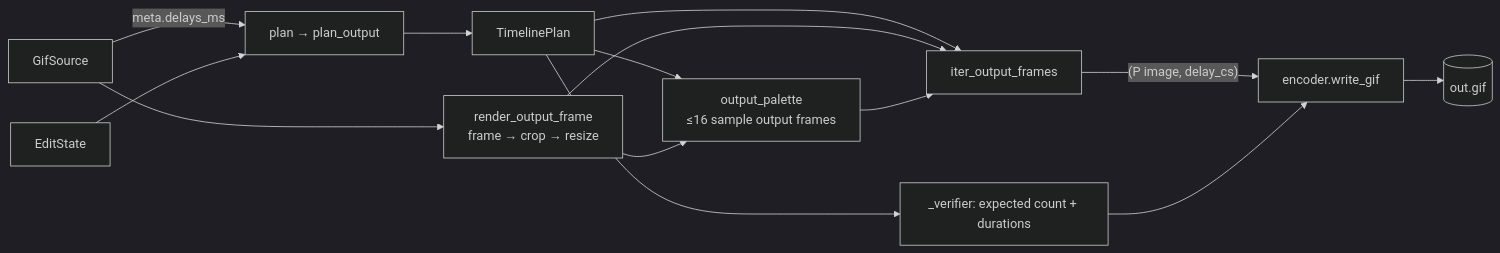
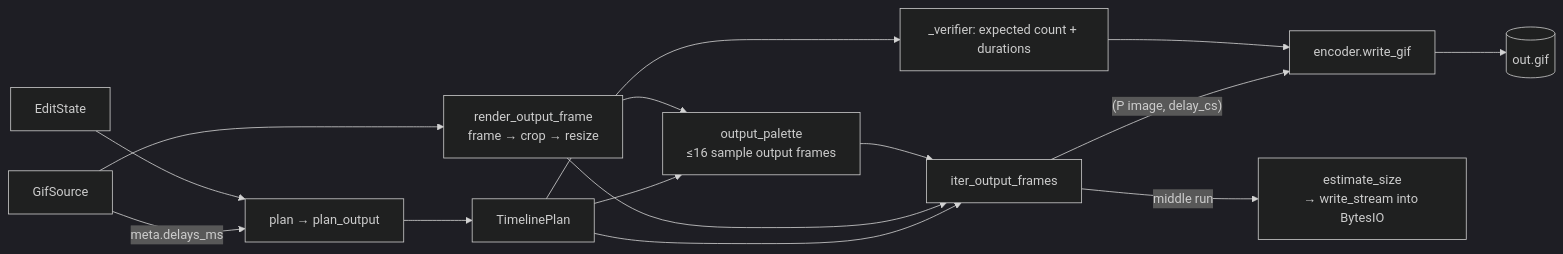
Before and after one commit to ErmanKan/EGPlease: the first of 2 diagrams in docs/codebase/src/gif_editor/core/pipeline.md, drawn with Mermaid (dark theme). The commit also changed other lines of this file and 15 other files, not shown here.

Commit message:
docs: per-file pages for Milestone 3 (estimate, write_stream, geometry preview, crop wiring); complete codebase index

````diff
--- a/docs/codebase/src/gif_editor/core/pipeline.md
+++ b/docs/codebase/src/gif_editor/core/pipeline.md
@@ -25,16 +28,17 @@
 ```mermaid
 flowchart LR
     S[GifSource] -->|meta.delays_ms| P[plan → plan_output]
     E[EditState] --> P
     P --> TL[TimelinePlan]
     TL --> PAL[output_palette<br/>≤16 sample output frames]
     S --> RF[render_output_frame<br/>frame → crop → resize]
     RF --> PAL
     TL --> IT[iter_output_frames]
     RF --> IT
     PAL --> IT
     IT -->|"(P image, delay_cs)"| W[encoder.write_gif]
+    IT -->|middle run| EST[estimate_size<br/>→ write_stream into BytesIO]
     TL --> V[_verifier: expected count + durations]
     V --> W
     W --> OUT[(out.gif)]
 ```
````
